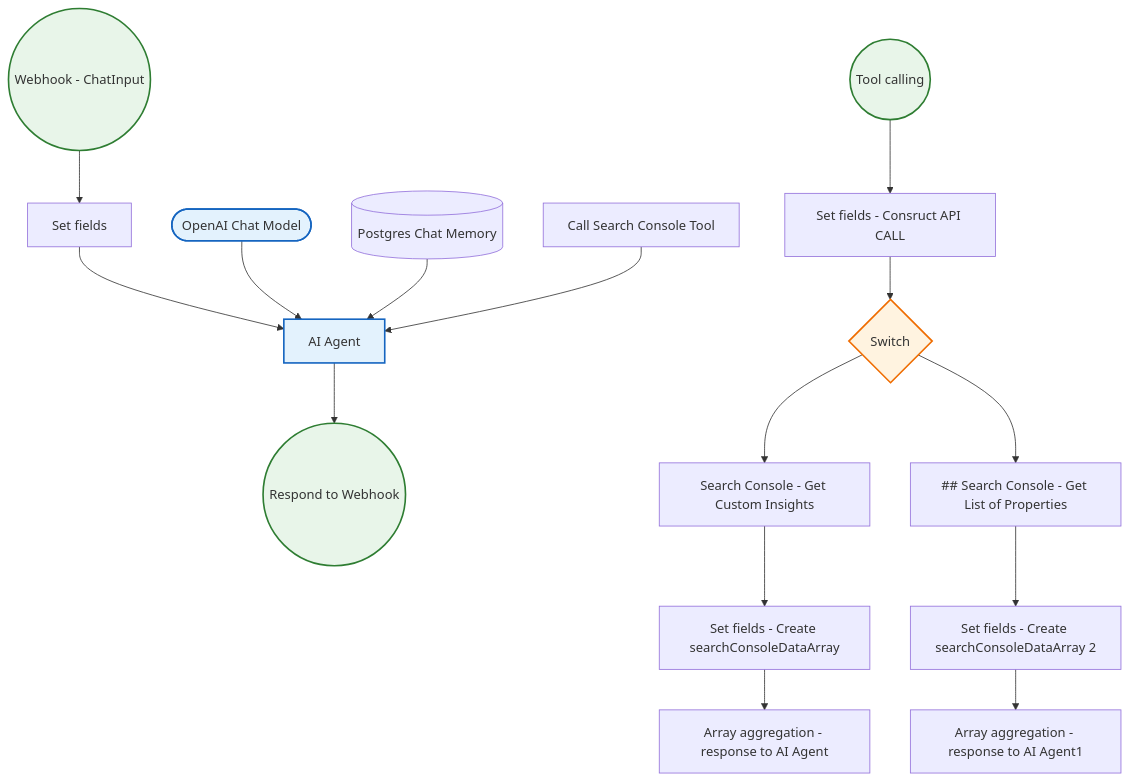
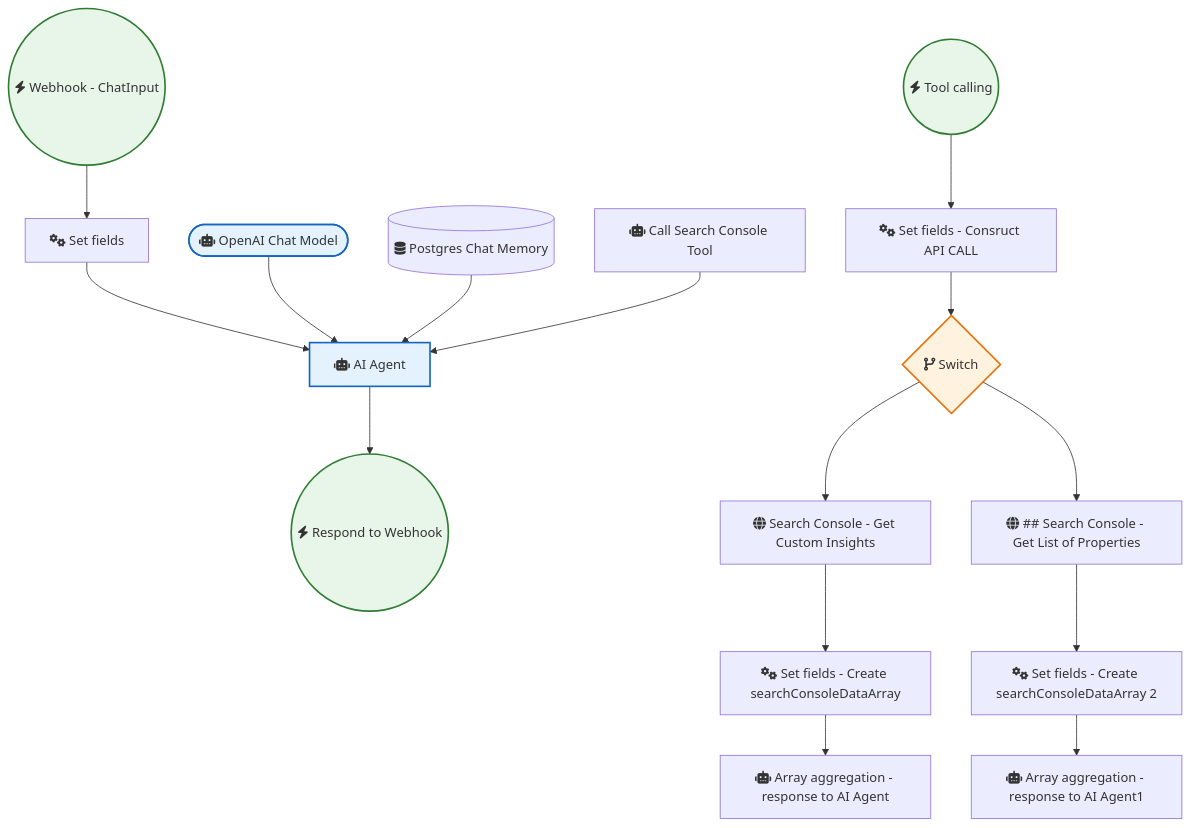
One commit to sreyash3105/N8N-DEMO-AUTOMATIONS changed the diagram in OpenAI_and_LLMs/Ai Agent to Chat with You Search Console Data Using Openai and Postgres.md. Above: the diagram before and after it, drawn with Mermaid. The commit also changed 291 other files, not shown here.

````diff
--- a/OpenAI_and_LLMs/Ai Agent to Chat with You Search Console Data Using Openai and Postgres.md
+++ b/OpenAI_and_LLMs/Ai Agent to Chat with You Search Console Data Using Openai and Postgres.md
@@ -1,38 +1,38 @@
 ```mermaid
 graph TD
     classDef trigger fill:#e8f5e9,stroke:#2e7d32,stroke-width:2px;
     classDef ai fill:#e3f2fd,stroke:#1565c0,stroke-width:2px;
     classDef logic fill:#fff3e0,stroke:#ef6c00,stroke-width:2px;
 
-    Postgres_Chat_Memory[("Postgres Chat Memory")]
-    OpenAI_Chat_Model(["OpenAI Chat Model"]):::ai
-    Set_fields["Set fields"]
-    Webhook___ChatInput(("Webhook - ChatInput")):::trigger
-    Respond_to_Webhook(("Respond to Webhook")):::trigger
-    Call_Search_Console_Tool["Call Search Console Tool"]
-    Tool_calling(("Tool calling")):::trigger
-    Switch{"Switch"}:::logic
-    Set_fields___Consruct_API_CALL["Set fields - Consruct API CALL"]
-    Set_fields___Create_searchConsoleDataArray["Set fields - Create searchConsoleDataArray"]
-    Set_fields___Create_searchConsoleDataArray_2["Set fields - Create searchConsoleDataArray 2"]
-    Search_Console___Get_Custom_Insights["Search Console - Get Custom Insights"]
-    ___Search_Console___Get_List_of_Properties["## Search Console - Get List of Properties"]
-    Array_aggregation___response_to_AI_Agent["Array aggregation - response to AI Agent"]
-    Array_aggregation___response_to_AI_Agent1["Array aggregation - response to AI Agent1"]
-    AI_Agent["AI Agent"]:::ai
+    Postgres_Chat_Memory[("fas:fa-database Postgres Chat Memory")]
+    OpenAI_Chat_Model(["fas:fa-robot OpenAI Chat Model"]):::ai
+    Set_fields["fas:fa-cogs Set fields"]
+    Webhook___ChatInput(("fas:fa-bolt Webhook - ChatInput")):::trigger
+    Respond_to_Webhook(("fas:fa-bolt Respond to Webhook")):::trigger
+    Call_Search_Console_Tool["fas:fa-robot Call Search Console Tool"]
+    Tool_calling(("fas:fa-bolt Tool calling")):::trigger
+    Switch{"fas:fa-code-branch Switch"}:::logic
+    Set_fields___Consruct_API_CALL["fas:fa-cogs Set fields - Consruct API CALL"]
+    Set_fields___Create_searchConsoleDataArray["fas:fa-cogs Set fields - Create searchConsoleDataArray"]
+    Set_fields___Create_searchConsoleDataArray_2["fas:fa-cogs Set fields - Create searchConsoleDataArray 2"]
+    Search_Console___Get_Custom_Insights["fas:fa-globe Search Console - Get Custom Insights"]
+    ___Search_Console___Get_List_of_Properties["fas:fa-globe ## Search Console - Get List of Properties"]
+    Array_aggregation___response_to_AI_Agent["fas:fa-robot Array aggregation - response to AI Agent"]
+    Array_aggregation___response_to_AI_Agent1["fas:fa-robot Array aggregation - response to AI Agent1"]
+    AI_Agent["fas:fa-robot AI Agent"]:::ai
 
     Switch --> Search_Console___Get_Custom_Insights
     Switch --> ___Search_Console___Get_List_of_Properties
     AI_Agent --> Respond_to_Webhook
     Set_fields --> AI_Agent
     Tool_calling --> Set_fields___Consruct_API_CALL
     OpenAI_Chat_Model --> AI_Agent
     Webhook___ChatInput --> Set_fields
     Postgres_Chat_Memory --> AI_Agent
     Call_Search_Console_Tool --> AI_Agent
     Set_fields___Consruct_API_CALL --> Switch
     Search_Console___Get_Custom_Insights --> Set_fields___Create_searchConsoleDataArray
     ___Search_Console___Get_List_of_Properties --> Set_fields___Create_searchConsoleDataArray_2
     Set_fields___Create_searchConsoleDataArray --> Array_aggregation___response_to_AI_Agent
     Set_fields___Create_searchConsoleDataArray_2 --> Array_aggregation___response_to_AI_Agent1
 ```
````
